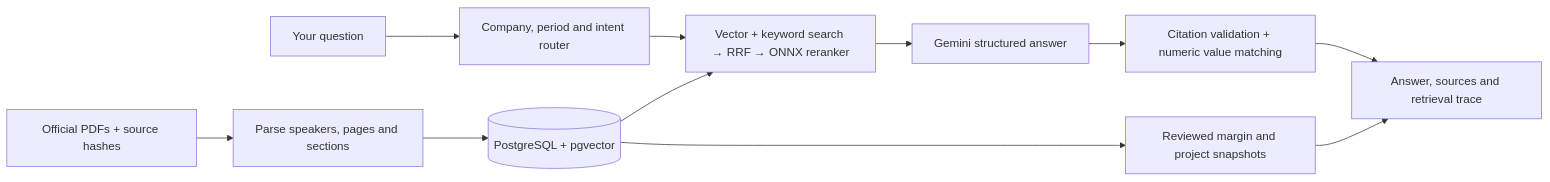
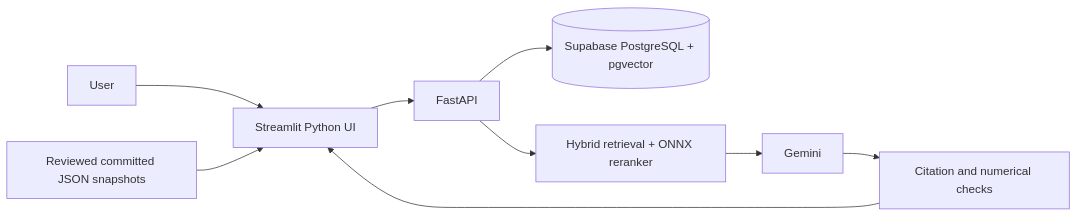
One commit to aaranarc/earnings-call-analyst changed the diagram in README.md. Above: the diagram before and after it, drawn with Mermaid. The commit also changed other lines of this file and 97 other files, not shown here.

Commit message:
Replace React dashboard with styled Python Streamlit UI

````diff
--- a/README.md
+++ b/README.md
@@ -65,13 +46,11 @@
 ```mermaid
 flowchart LR
-    PDF["Official PDFs + source hashes"] --> Parse["Parse speakers, pages and sections"]
-    Parse --> Store[("PostgreSQL + pgvector")]
-    Q["Your question"] --> Route["Company, period and intent router"]
-    Route --> Retrieve["Vector + keyword search → RRF → ONNX reranker"]
-    Store --> Retrieve
-    Retrieve --> Answer["Gemini structured answer"]
-    Answer --> Check["Citation validation + numeric value matching"]
-    Check --> UI["Answer, sources and retrieval trace"]
-    Store --> Snapshots["Reviewed margin and project snapshots"]
-    Snapshots --> UI
+    User --> UI[Streamlit Python UI]
+    UI --> API[FastAPI]
+    API --> DB[(Supabase PostgreSQL + pgvector)]
+    API --> R[Hybrid retrieval + ONNX reranker]
+    R --> G[Gemini]
+    G --> C[Citation and numerical checks]
+    C --> UI
+    Snapshots[Reviewed committed JSON snapshots] --> UI
 ```
````
